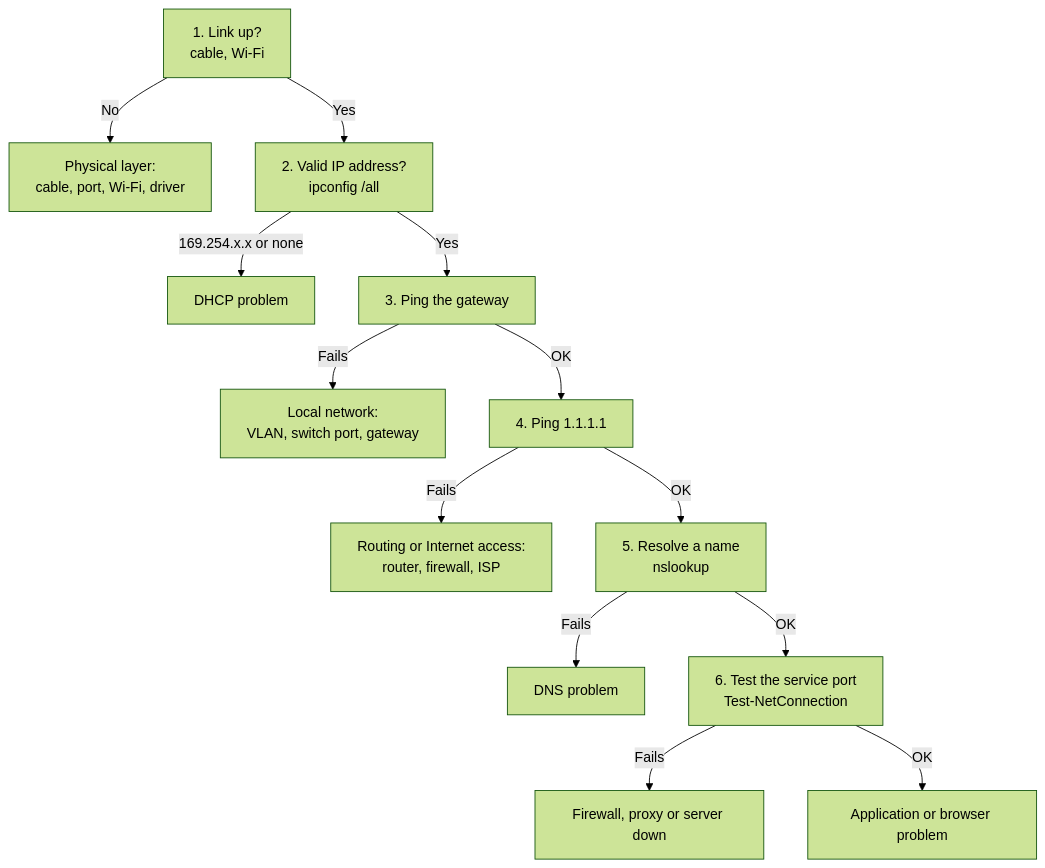
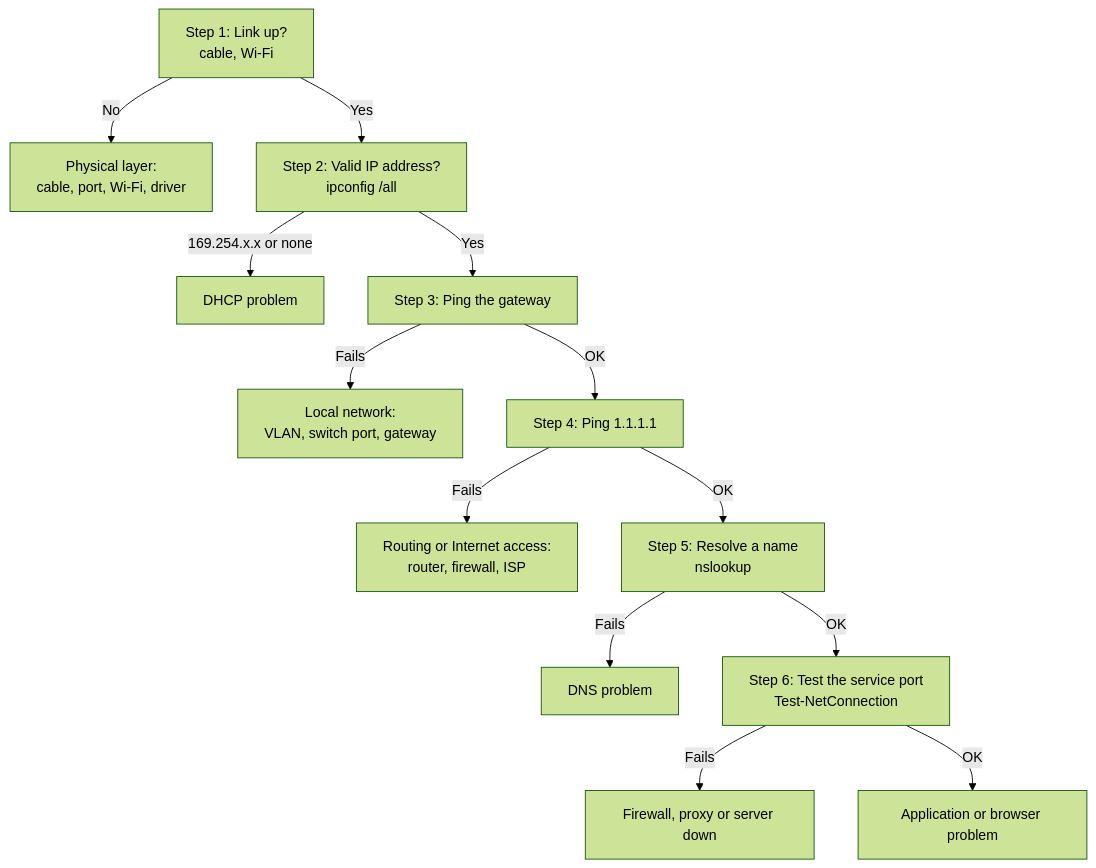
One commit to Bazeeza/Technical-Runbooks changed the diagram in 04-Network-Troubleshooting/README.md. Above: the diagram before and after it, drawn with Mermaid (forest theme).

Commit message:
Fix Mermaid labels parsed as markdown lists

````diff
--- a/04-Network-Troubleshooting/README.md
+++ b/04-Network-Troubleshooting/README.md
@@ -45,15 +45,15 @@
 ```mermaid
 flowchart TD
-    A[1. Link up?<br/>cable, Wi-Fi] -->|No| A1[Physical layer:<br/>cable, port, Wi-Fi, driver]
-    A -->|Yes| B[2. Valid IP address?<br/>ipconfig /all]
+    A[Step 1: Link up?<br/>cable, Wi-Fi] -->|No| A1[Physical layer:<br/>cable, port, Wi-Fi, driver]
+    A -->|Yes| B[Step 2: Valid IP address?<br/>ipconfig /all]
     B -->|169.254.x.x or none| B1[DHCP problem]
-    B -->|Yes| C[3. Ping the gateway]
+    B -->|Yes| C[Step 3: Ping the gateway]
     C -->|Fails| C1[Local network:<br/>VLAN, switch port, gateway]
-    C -->|OK| D[4. Ping 1.1.1.1]
+    C -->|OK| D[Step 4: Ping 1.1.1.1]
     D -->|Fails| D1[Routing or Internet access:<br/>router, firewall, ISP]
-    D -->|OK| E[5. Resolve a name<br/>nslookup]
+    D -->|OK| E[Step 5: Resolve a name<br/>nslookup]
     E -->|Fails| E1[DNS problem]
-    E -->|OK| F[6. Test the service port<br/>Test-NetConnection]
+    E -->|OK| F[Step 6: Test the service port<br/>Test-NetConnection]
     F -->|Fails| F1[Firewall, proxy or server down]
     F -->|OK| G[Application or browser problem]
 ```
````
